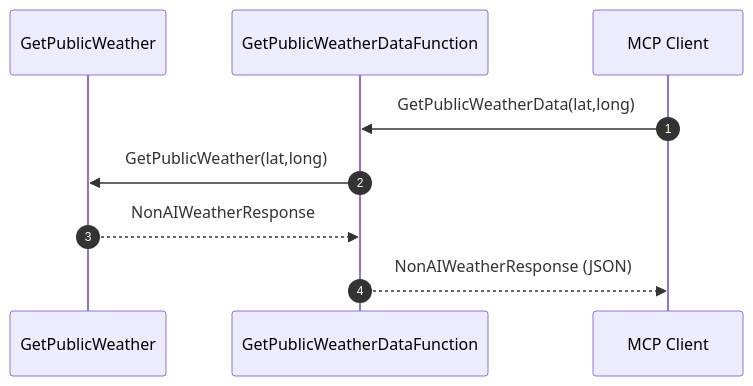
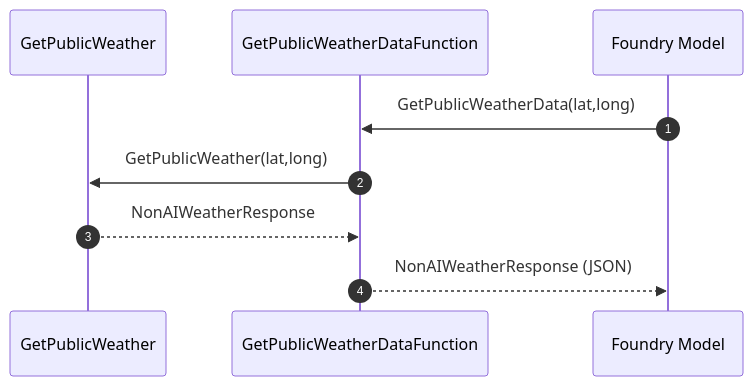
One commit to dustinkorzaan/weather-1116 changed the first of 4 diagrams in docs/3-foundry-mcp/agents-models-mcp.md. Above: the diagram before and after it, drawn with Mermaid. The commit also changed other lines of this file, not shown here.

Commit message:
Fix V3 sequence diagrams: Foundry Model and UI > API path

````diff
--- a/docs/3-foundry-mcp/agents-models-mcp.md
+++ b/docs/3-foundry-mcp/agents-models-mcp.md
@@ -53,12 +53,12 @@
   ```mermaid
   sequenceDiagram
       autonumber
       participant GetPublicWeather
       participant Function as GetPublicWeatherDataFunction
-      participant Client as MCP Client
+      participant Model as Foundry Model
 
-      Client->>Function: GetPublicWeatherData(lat,long)
+      Model->>Function: GetPublicWeatherData(lat,long)
       Function->>GetPublicWeather: GetPublicWeather(lat,long)
       GetPublicWeather-->>Function: NonAIWeatherResponse
-      Function-->>Client: NonAIWeatherResponse (JSON)
+      Function-->>Model: NonAIWeatherResponse (JSON)
   ```
````
